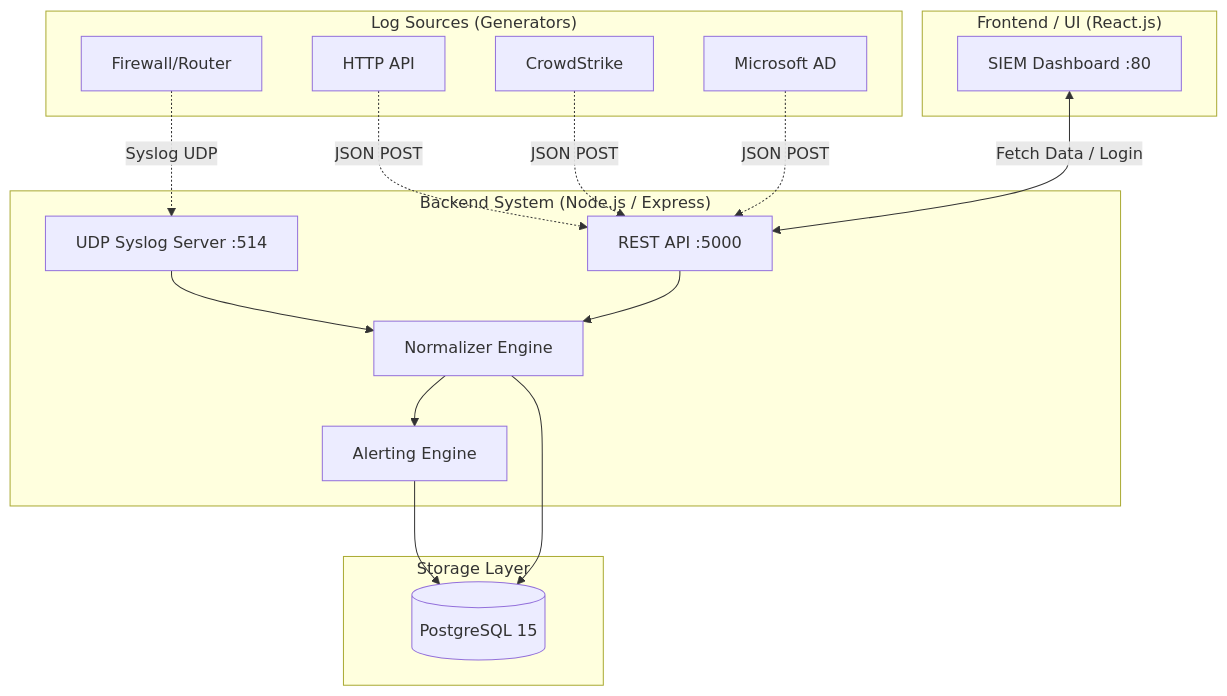
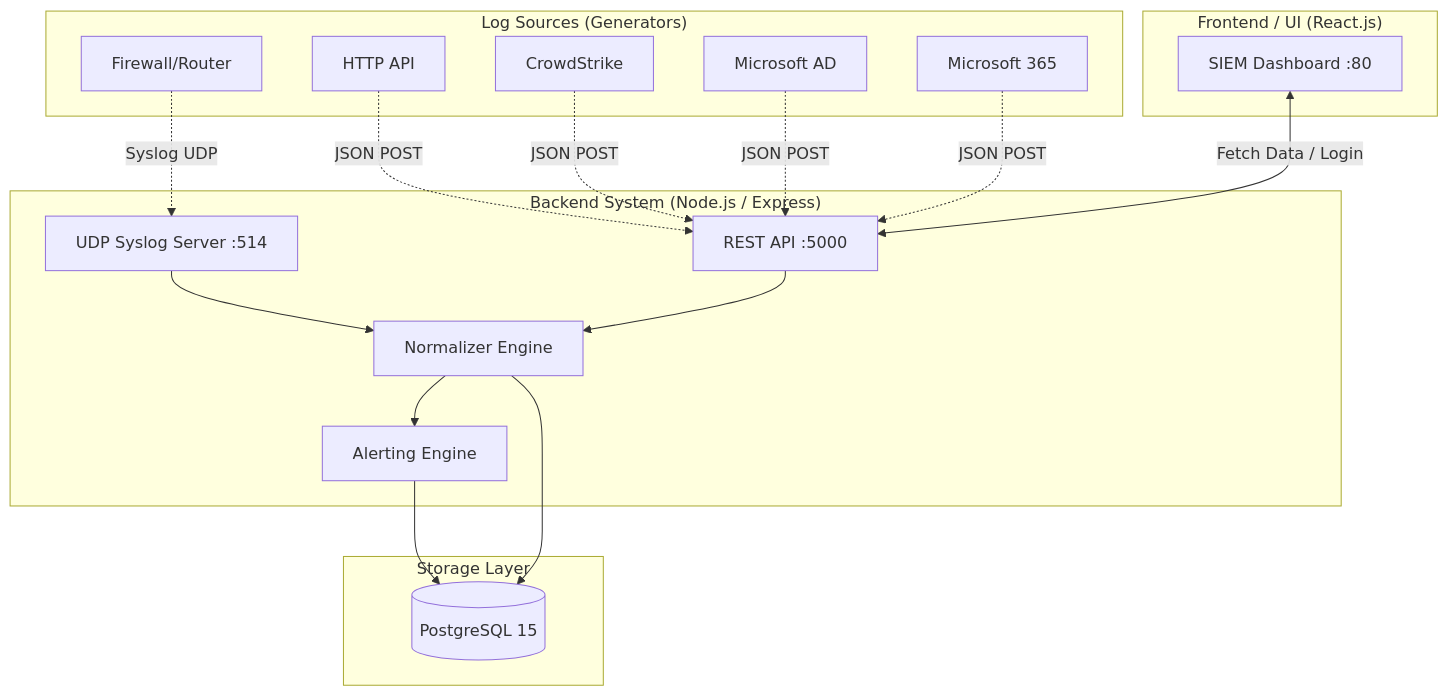
The diagram in docs/architecture.md (WEAKYEON/cyberdefense-siem), drawn with Mermaid before and after one commit.

Commit message:
Add Microsoft 365 to architecture documentation

````diff
--- a/docs/architecture.md
+++ b/docs/architecture.md
@@ -7,40 +7,42 @@
 ```mermaid
 graph TD
     %% Log Sources
     subgraph "Log Sources (Generators)"
         FW[Firewall/Router]
         API[HTTP API]
         CS[CrowdStrike]
         AD[Microsoft AD]
+        M365[Microsoft 365]
     end
 
     %% Ingestion Layer
     subgraph "Backend System (Node.js / Express)"
         UDP[UDP Syslog Server :514]
         HTTP[REST API :5000]
         NORM[Normalizer Engine]
         ALERT[Alerting Engine]
         
         FW -.->|Syslog UDP| UDP
         API -.->|JSON POST| HTTP
         CS -.->|JSON POST| HTTP
         AD -.->|JSON POST| HTTP
+        M365 -.->|JSON POST| HTTP
         
         UDP --> NORM
         HTTP --> NORM
         NORM --> ALERT
     end
 
     %% Storage Layer
     subgraph "Storage Layer"
         DB[(PostgreSQL 15)]
         ALERT --> DB
         NORM --> DB
     end
 
     %% Presentation Layer
     subgraph "Frontend / UI (React.js)"
         UI[SIEM Dashboard :80]
         UI <-->|Fetch Data / Login| HTTP
     end
 ```
````
